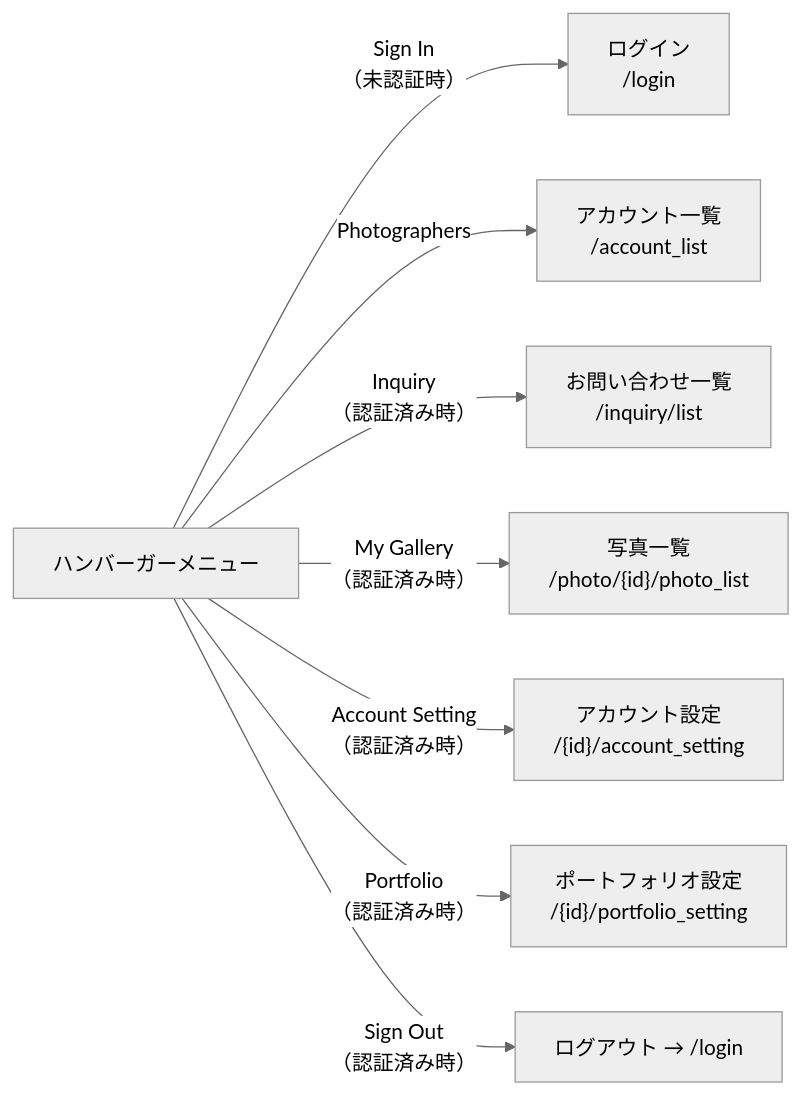
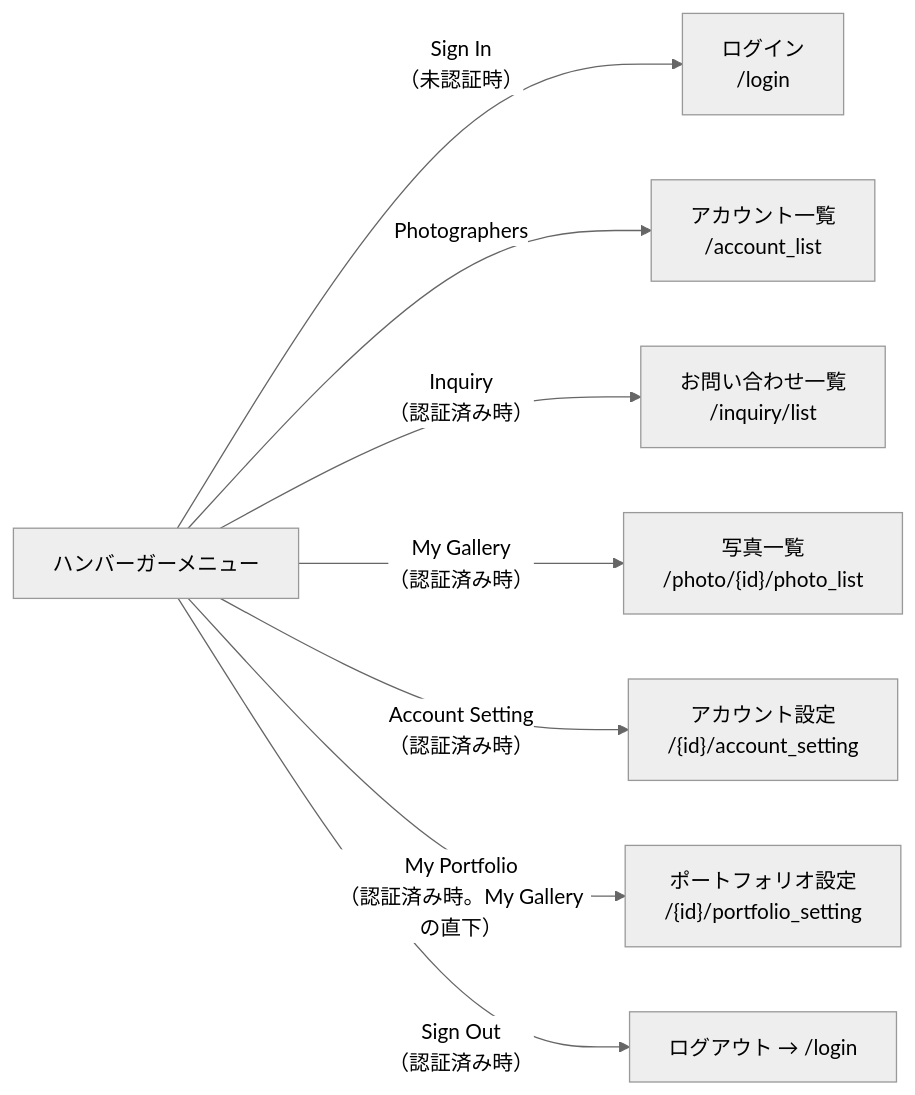
Before and after one commit to KentoKodama214/WebGallery: the second of 10 diagrams in doc/view/screen-transition.md, drawn with Mermaid (neutral theme). The commit also changed other lines of this file and 14 other files, not shown here.

````diff
--- a/doc/view/screen-transition.md
+++ b/doc/view/screen-transition.md
@@ -112,12 +112,12 @@
 ```mermaid
 graph LR
     MENU["ハンバーガーメニュー"]
 
     MENU -->|"Sign In<br/>（未認証時）"| LOGIN["ログイン<br/>/login"]
     MENU -->|"Photographers"| ACCOUNT_LIST["アカウント一覧<br/>/account_list"]
     MENU -->|"Inquiry<br/>（認証済み時）"| INQUIRY_LIST["お問い合わせ一覧<br/>/inquiry/list"]
     MENU -->|"My Gallery<br/>（認証済み時）"| PHOTO_LIST["写真一覧<br/>/photo/{id}/photo_list"]
     MENU -->|"Account Setting<br/>（認証済み時）"| ACCOUNT_SETTING["アカウント設定<br/>/{id}/account_setting"]
-    MENU -->|"Portfolio<br/>（認証済み時）"| PORTFOLIO_SETTING["ポートフォリオ設定<br/>/{id}/portfolio_setting"]
+    MENU -->|"My Portfolio<br/>（認証済み時。My Galleryの直下）"| PORTFOLIO_SETTING["ポートフォリオ設定<br/>/{id}/portfolio_setting"]
     MENU -->|"Sign Out<br/>（認証済み時）"| LOGOUT["ログアウト → /login"]
 ```
````
